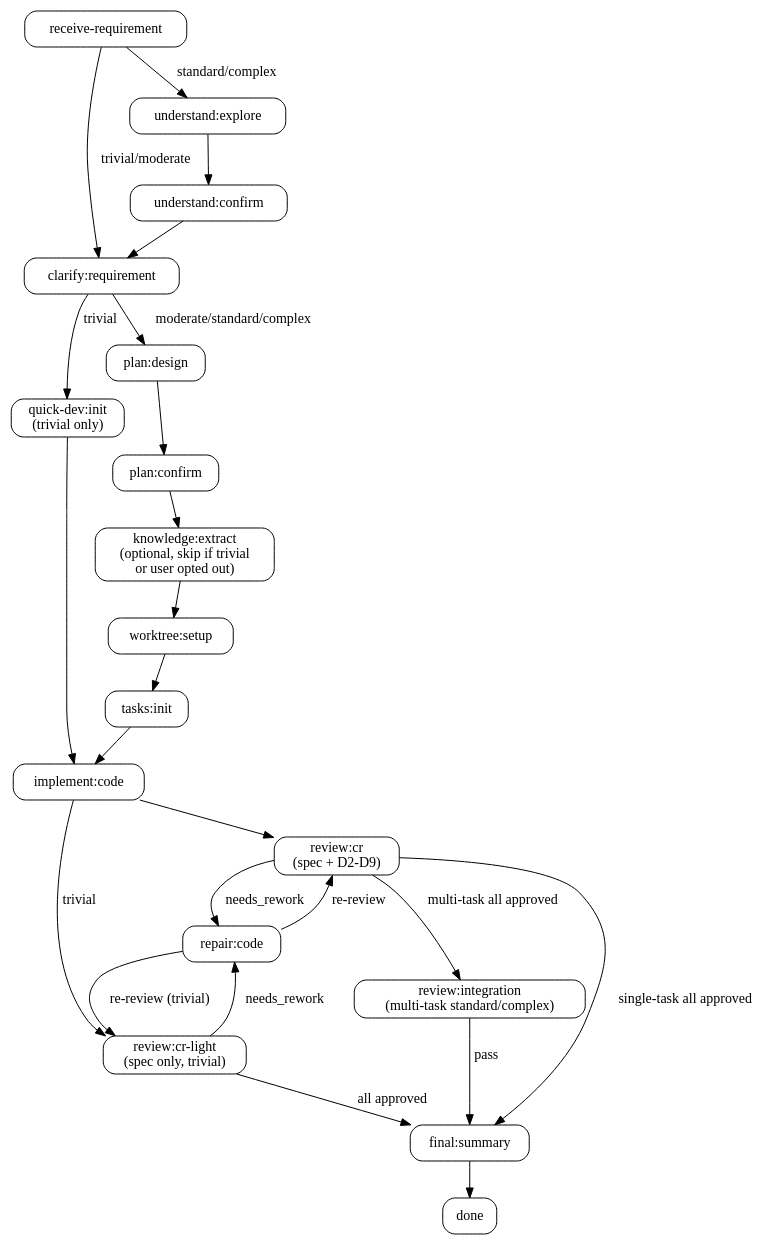
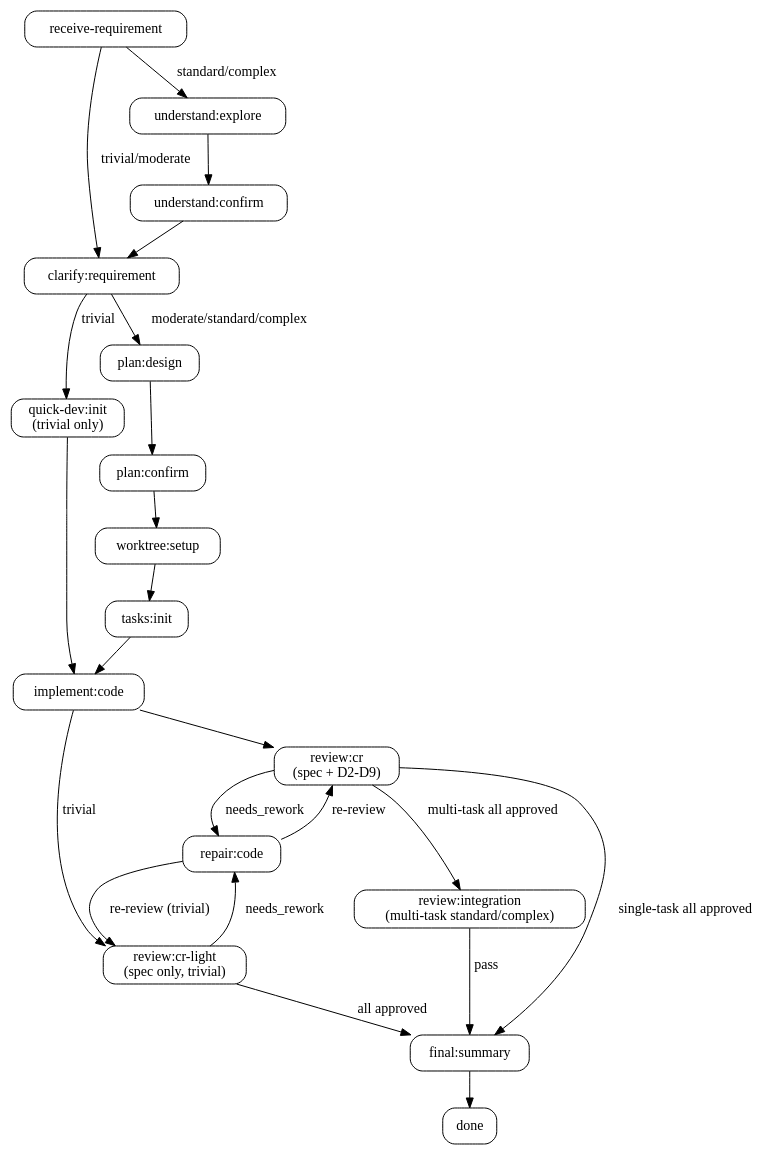
One commit to Jxin-Cai/chisel changed the diagram in skills/chisel/SKILL.md. Above: the diagram before and after it, drawn with Graphviz. The commit also changed other lines of this file and 44 other files, not shown here.

First line of the commit message:
feat: 移除知识沉淀功能，新增脚本驱动的路线图断点续传，升版至 0.35.0

````diff
--- a/skills/chisel/SKILL.md
+++ b/skills/chisel/SKILL.md
@@ -53,42 +56,41 @@
 ```dot
 digraph chisel_flow {
   rankdir=TB; node [shape=box, style=rounded];
   receive [label="receive-requirement"];
   explore [label="understand:explore"];
   u_confirm [label="understand:confirm"];
   clarify [label="clarify:requirement"];
   quickdev [label="quick-dev:init\n(trivial only)"];
   design [label="plan:design"];
   p_confirm [label="plan:confirm"];
-  knowledge [label="knowledge:extract\n(optional, skip if trivial\nor user opted out)"];
   worktree [label="worktree:setup"];
   tasks [label="tasks:init"];
   implement [label="implement:code"];
   review [label="review:cr\n(spec + D2-D9)"];
   review_light [label="review:cr-light\n(spec only, trivial)"];
   integration [label="review:integration\n(multi-task standard/complex)"];
   repair [label="repair:code"];
   final [label="final:summary"];
   done [label="done"];
 
   receive -> explore [label="standard/complex"];
   receive -> clarify [label="trivial/moderate"];
   explore -> u_confirm -> clarify;
   clarify -> quickdev [label="trivial"];
   clarify -> design [label="moderate/standard/complex"];
   quickdev -> implement;
-  design -> p_confirm -> knowledge;
-  knowledge -> worktree -> tasks;
+  design -> p_confirm -> worktree;
+  worktree -> tasks;
   tasks -> implement -> review;
   implement -> review_light [label="trivial"];
   review -> repair [label="needs_rework"];
   review_light -> repair [label="needs_rework"];
   repair -> review [label="re-review"];
   repair -> review_light [label="re-review (trivial)"];
   review -> integration [label="multi-task all approved"];
   integration -> final [label="pass"];
   review -> final [label="single-task all approved"];
   review_light -> final [label="all approved"];
   final -> done;
 }
 ```
````
